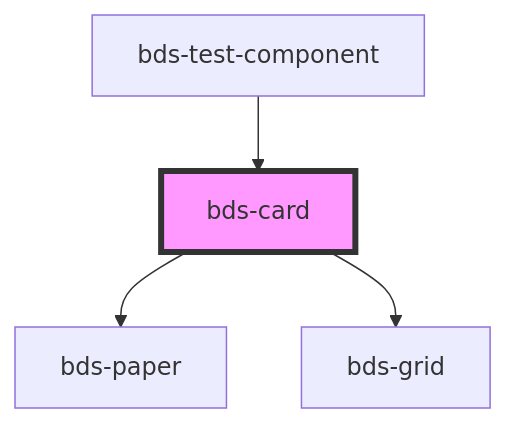
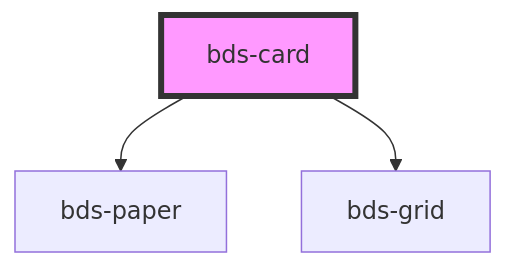
One commit to takenet/blip-ds changed the diagram in src/components/card/readme.md. Above: the diagram before and after it, drawn with Mermaid. The commit also changed other lines of this file and 15 other files, not shown here.

````diff
--- a/src/components/card/readme.md
+++ b/src/components/card/readme.md
@@ -29,7 +32,6 @@
 ```mermaid
 graph TD;
   bds-card --> bds-paper
   bds-card --> bds-grid
-  bds-test-component --> bds-card
   style bds-card fill:#f9f,stroke:#333,stroke-width:4px
 ```
````
